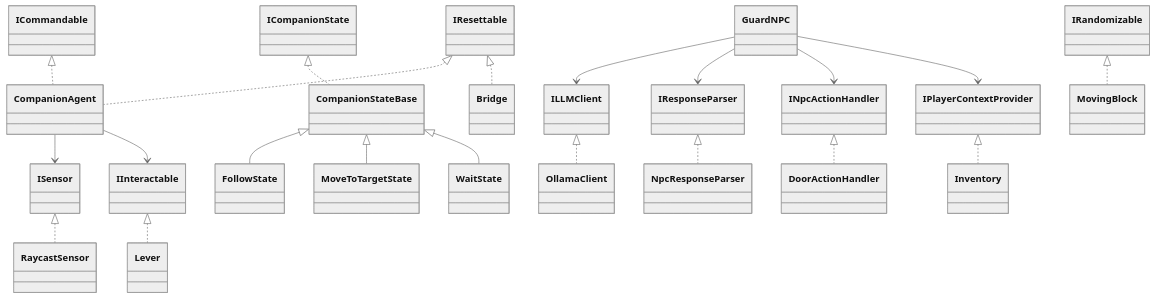
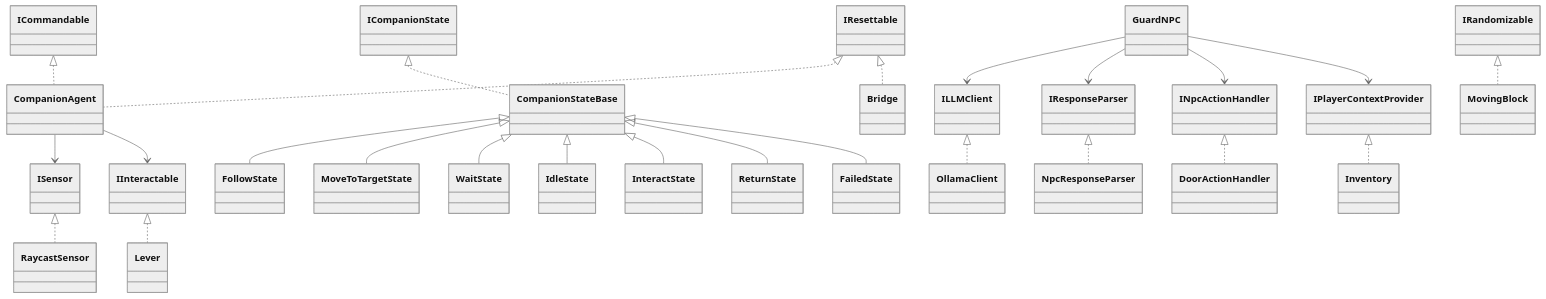
The first of 4 diagrams in README.md (osmanbadar/yazlab_proje1_GuneyKapisi), drawn with Mermaid (neutral theme) before and after one commit. The commit also changed other lines of this file, not shown here.

````diff
--- a/README.md
+++ b/README.md
@@ -31,34 +31,38 @@
 ```mermaid
 classDiagram
     class ICommandable
     class IResettable
     class IRandomizable
     class ICompanionState
     class ISensor
     class IInteractable
     class ILLMClient
     class IResponseParser
     class INpcActionHandler
     class IPlayerContextProvider
 
     ICommandable <|.. CompanionAgent
     IResettable <|.. CompanionAgent
     ICompanionState <|.. CompanionStateBase
     CompanionStateBase <|-- FollowState
     CompanionStateBase <|-- MoveToTargetState
     CompanionStateBase <|-- WaitState
+    CompanionStateBase <|-- IdleState
+    CompanionStateBase <|-- InteractState
+    CompanionStateBase <|-- ReturnState
+    CompanionStateBase <|-- FailedState
     ISensor <|.. RaycastSensor
     IInteractable <|.. Lever
     IResettable <|.. Bridge
     IRandomizable <|.. MovingBlock
     ILLMClient <|.. OllamaClient
     IResponseParser <|.. NpcResponseParser
     INpcActionHandler <|.. DoorActionHandler
     IPlayerContextProvider <|.. Inventory
     CompanionAgent --> ISensor
     CompanionAgent --> IInteractable
     GuardNPC --> ILLMClient
     GuardNPC --> IResponseParser
     GuardNPC --> INpcActionHandler
     GuardNPC --> IPlayerContextProvider
 ```
````
